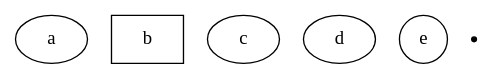
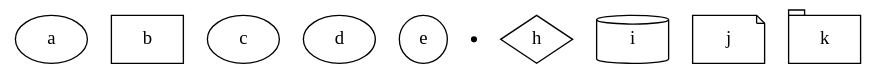
Before and after one commit to narusas/blogdraft: diagram 12 of 18 in _posts/2019-01-25-Graphviz.adoc, drawn with Graphviz. The commit also changed other lines of this file, not shown here.

```diff
--- a/_posts/2019-01-25-Graphviz.adoc
+++ b/_posts/2019-01-25-Graphviz.adoc
@@ -280,11 +281,16 @@
 [graphviz]
 ....
 graph {
 	a
 	b [shape=box]
 	c [shape=ellipse]
 	d [shape=oval]
 	e [shape=circle]
 	f [shape=point]
+	h [shape=diamond]
+	i [shape=cylinder]
+	j [shape=note]
+	k [shape=tab]
+
 }
 ....
```
